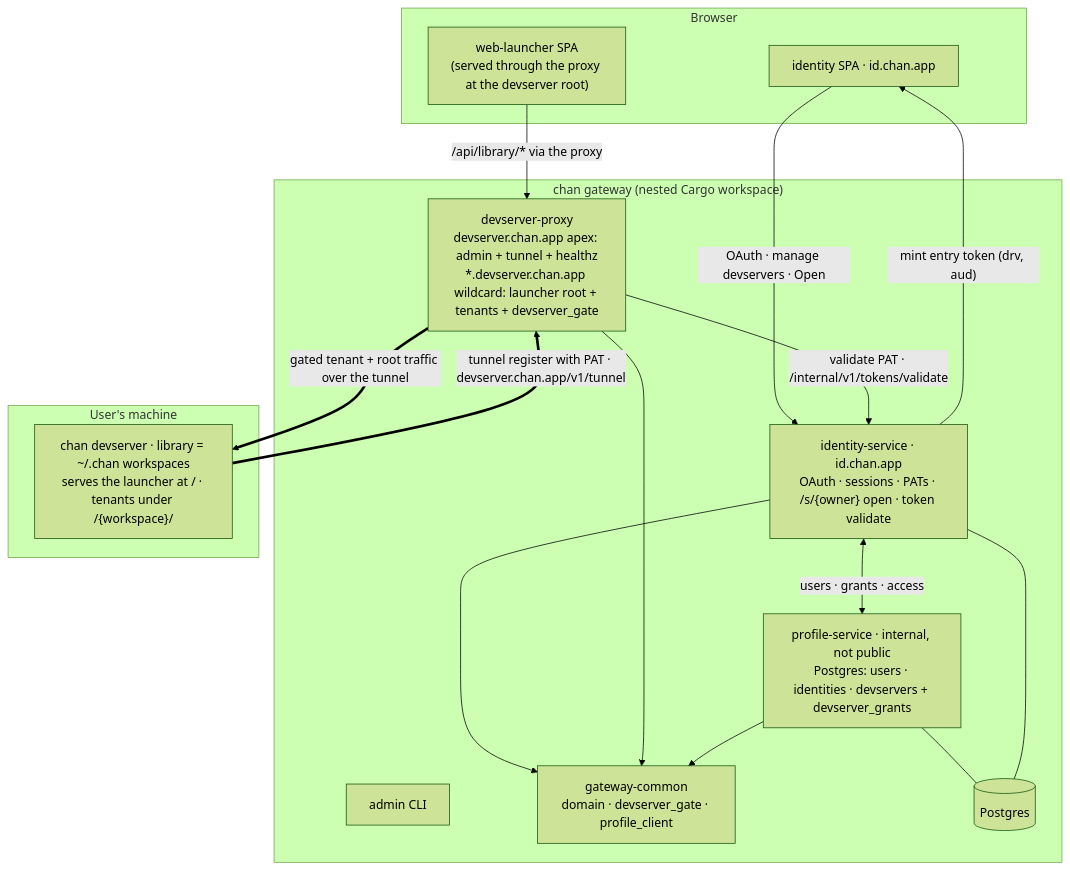
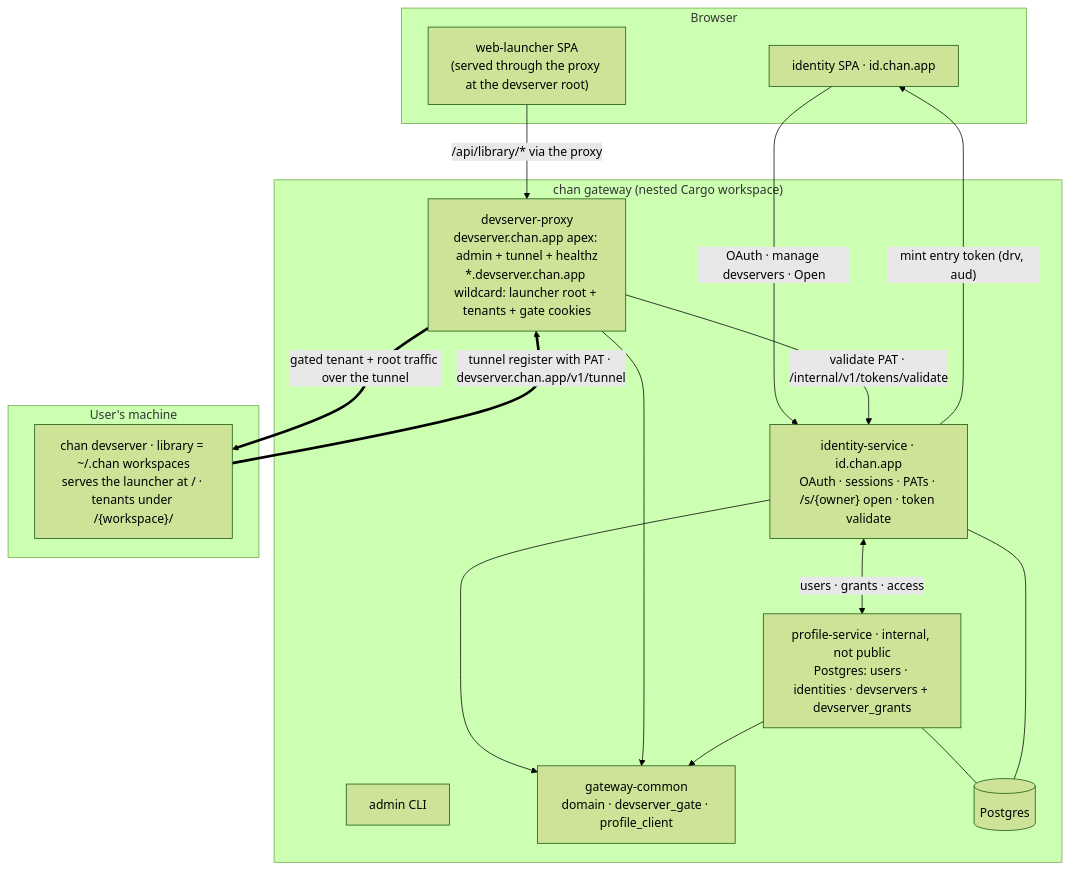
The diagram in .agents/gateway.md (likewhatevs/chan), drawn with Mermaid (forest theme) before and after one commit. The commit also changed other lines of this file and 40 other files, not shown here.

````diff
--- a/.agents/gateway.md
+++ b/.agents/gateway.md
@@ -15,33 +15,33 @@
 ```mermaid
 flowchart TB
     subgraph browser["Browser"]
         IDSPA["identity SPA · id.chan.app"]
         LAUNCH["web-launcher SPA<br/>(served through the proxy at the devserver root)"]
     end
 
     subgraph gw["chan gateway (nested Cargo workspace)"]
         ID["identity-service · id.chan.app<br/>OAuth · sessions · PATs · /s/{owner} open · token validate"]
-        PROXY["devserver-proxy<br/>devserver.chan.app apex: admin + tunnel + healthz<br/>*.devserver.chan.app wildcard: launcher root + tenants + devserver_gate"]
+        PROXY["devserver-proxy<br/>devserver.chan.app apex: admin + tunnel + healthz<br/>*.devserver.chan.app wildcard: launcher root + tenants + gate cookies"]
         PROFILE["profile-service · internal, not public<br/>Postgres: users · identities · devservers + devserver_grants"]
         ADMIN["admin CLI"]
         COMMON["gateway-common<br/>domain · devserver_gate · profile_client"]
         PG[("Postgres")]
     end
 
     subgraph box["User's machine"]
         DS["chan devserver · library = ~/.chan workspaces<br/>serves the launcher at / · tenants under /{workspace}/"]
     end
 
     IDSPA -->|OAuth · manage devservers · Open| ID
     ID -->|"mint entry token (drv, aud)"| IDSPA
     ID <-->|users · grants · access| PROFILE
     PROFILE --- PG
     ID --- PG
     PROXY -->|validate PAT · /internal/v1/tokens/validate| ID
     DS ==>|tunnel register with PAT · devserver.chan.app/v1/tunnel| PROXY
     PROXY ==>|gated tenant + root traffic over the tunnel| DS
     LAUNCH -->|/api/library/* via the proxy| PROXY
     ID --> COMMON
     PROXY --> COMMON
     PROFILE --> COMMON
 ```
````
